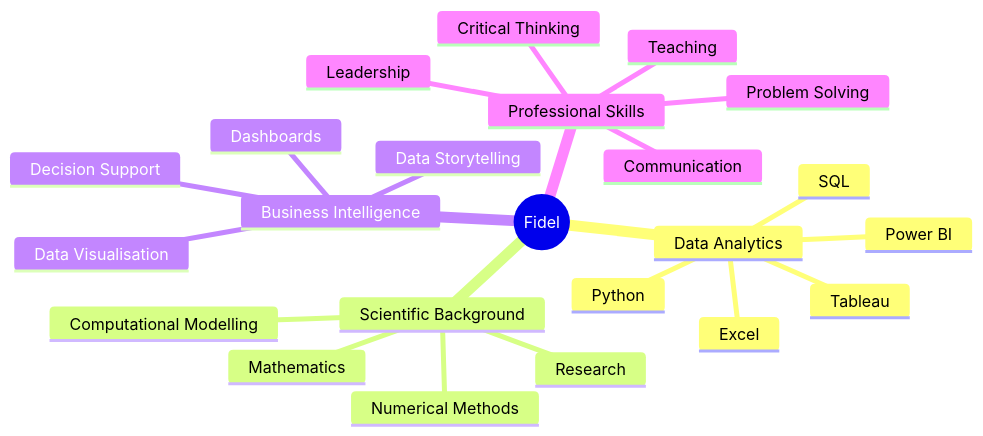
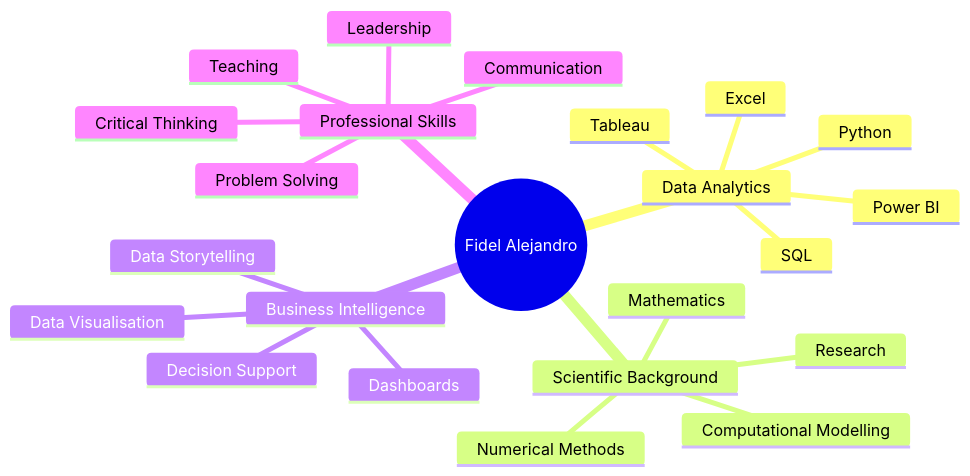
Before and after one commit to FidelAlejandroData/FidelAlejandroData: the diagram in README.md, drawn with Mermaid.

````diff
--- a/README.md
+++ b/README.md
@@ -85,26 +85,26 @@
 ```mermaid
 mindmap
-  root((Fidel))
+  root((Fidel Alejandro))
     Data Analytics
       SQL
       Python
       Power BI
       Tableau
       Excel
     Scientific Background
       Mathematics
       Computational Modelling
       Numerical Methods
       Research
     Business Intelligence
       Dashboards
       Data Storytelling
       Data Visualisation
       Decision Support
     Professional Skills
       Problem Solving
       Communication
       Teaching
       Leadership
       Critical Thinking
 ```
````
